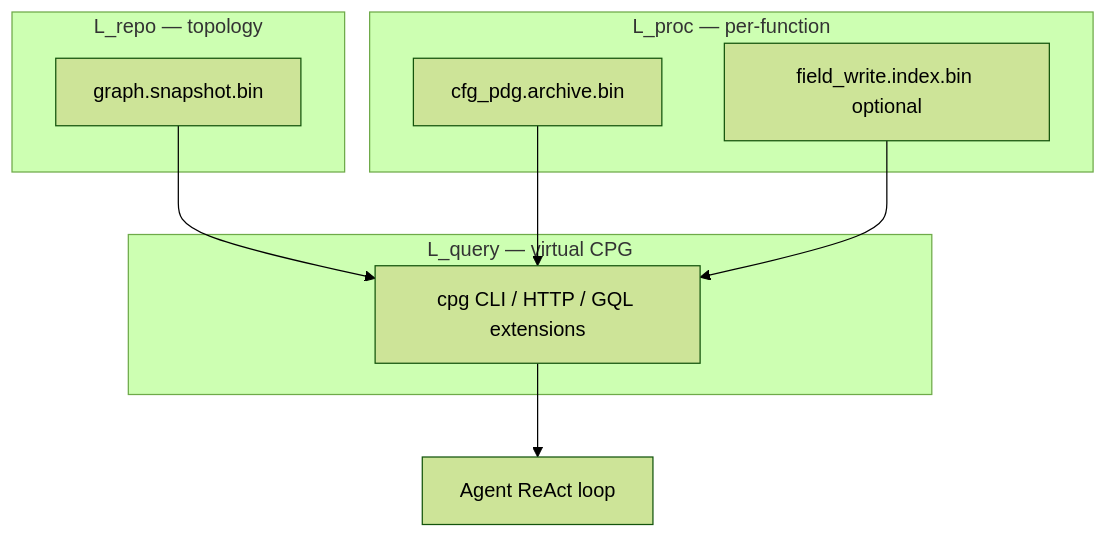
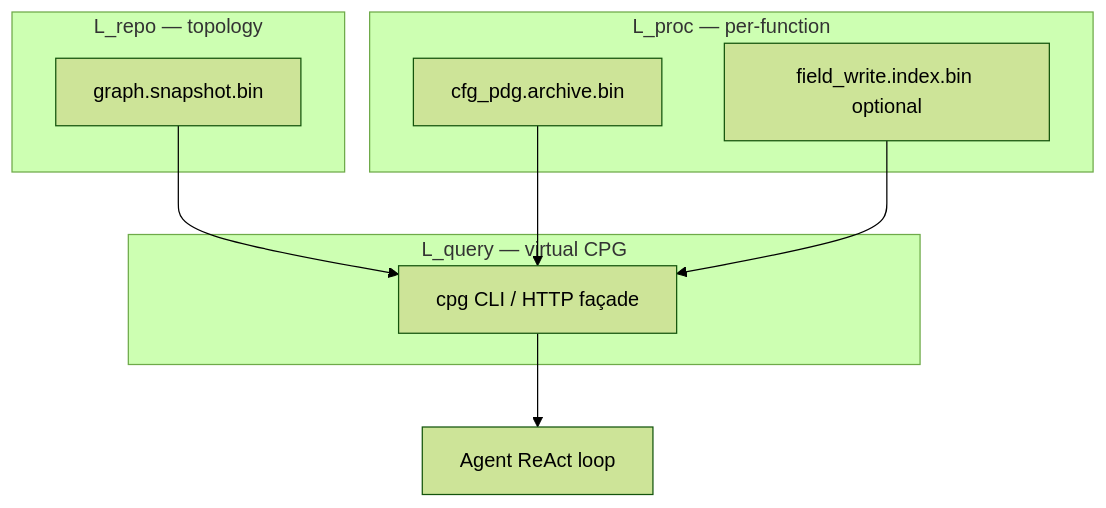
The diagram in docs/design/hybrid-cpg-plan.md (l3acon/rgctl), drawn with Mermaid (forest theme) before and after one commit. The commit also changed other lines of this file and 77 other files, not shown here.

````diff
--- a/docs/design/hybrid-cpg-plan.md
+++ b/docs/design/hybrid-cpg-plan.md
@@ -36,17 +36,17 @@
 ```mermaid
 flowchart TB
   subgraph L_repo["L_repo — topology"]
     SNAP[graph.snapshot.bin]
   end
   subgraph L_proc["L_proc — per-function"]
     ARC[cfg_pdg.archive.bin]
     IDX[field_write.index.bin optional]
   end
   subgraph L_query["L_query — virtual CPG"]
-    API[cpg CLI / HTTP / GQL extensions]
+    API[cpg CLI / HTTP façade]
   end
   SNAP --> API
   ARC --> API
   IDX --> API
   API --> AGENT[Agent ReAct loop]
 ```
````
